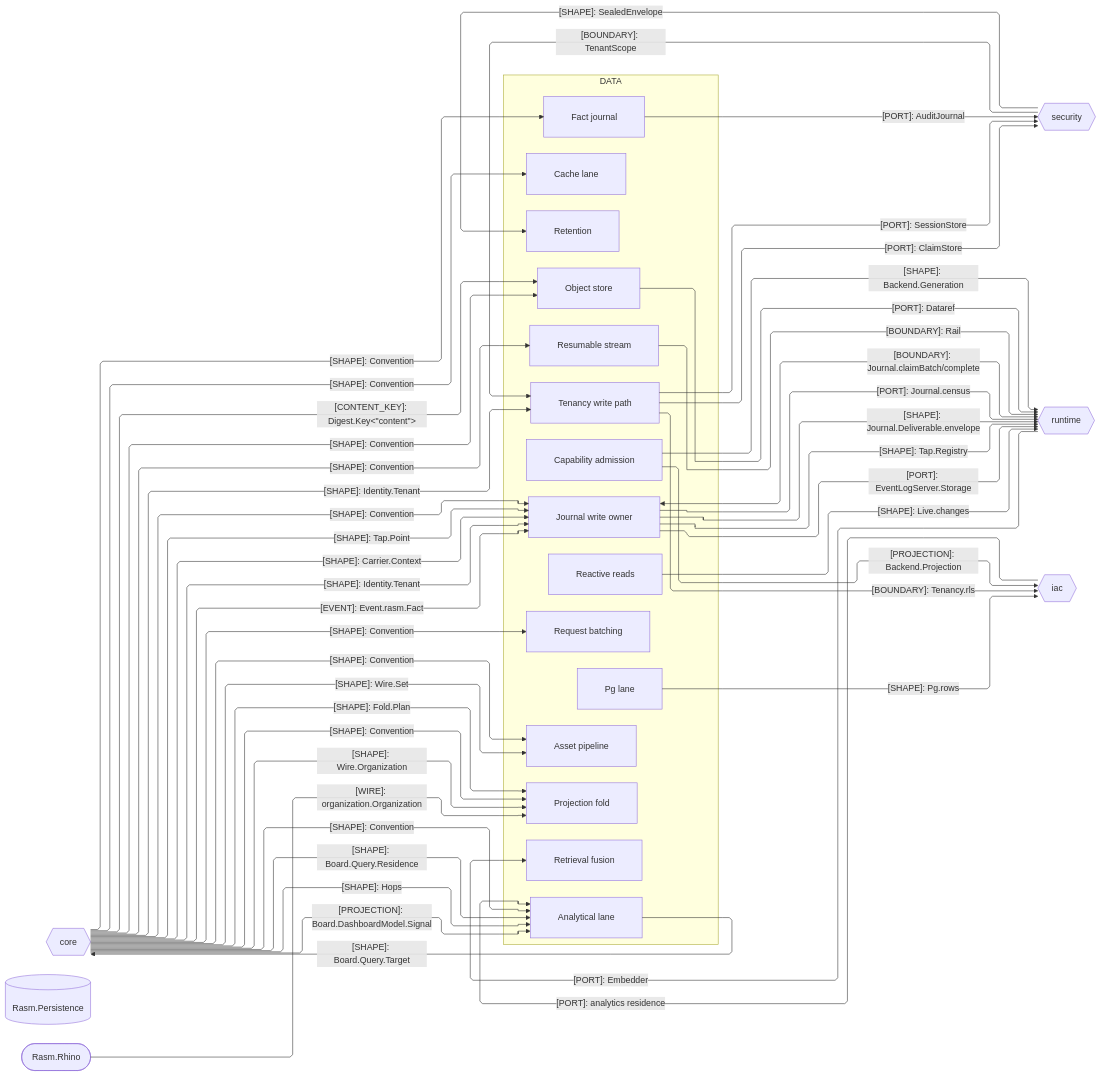
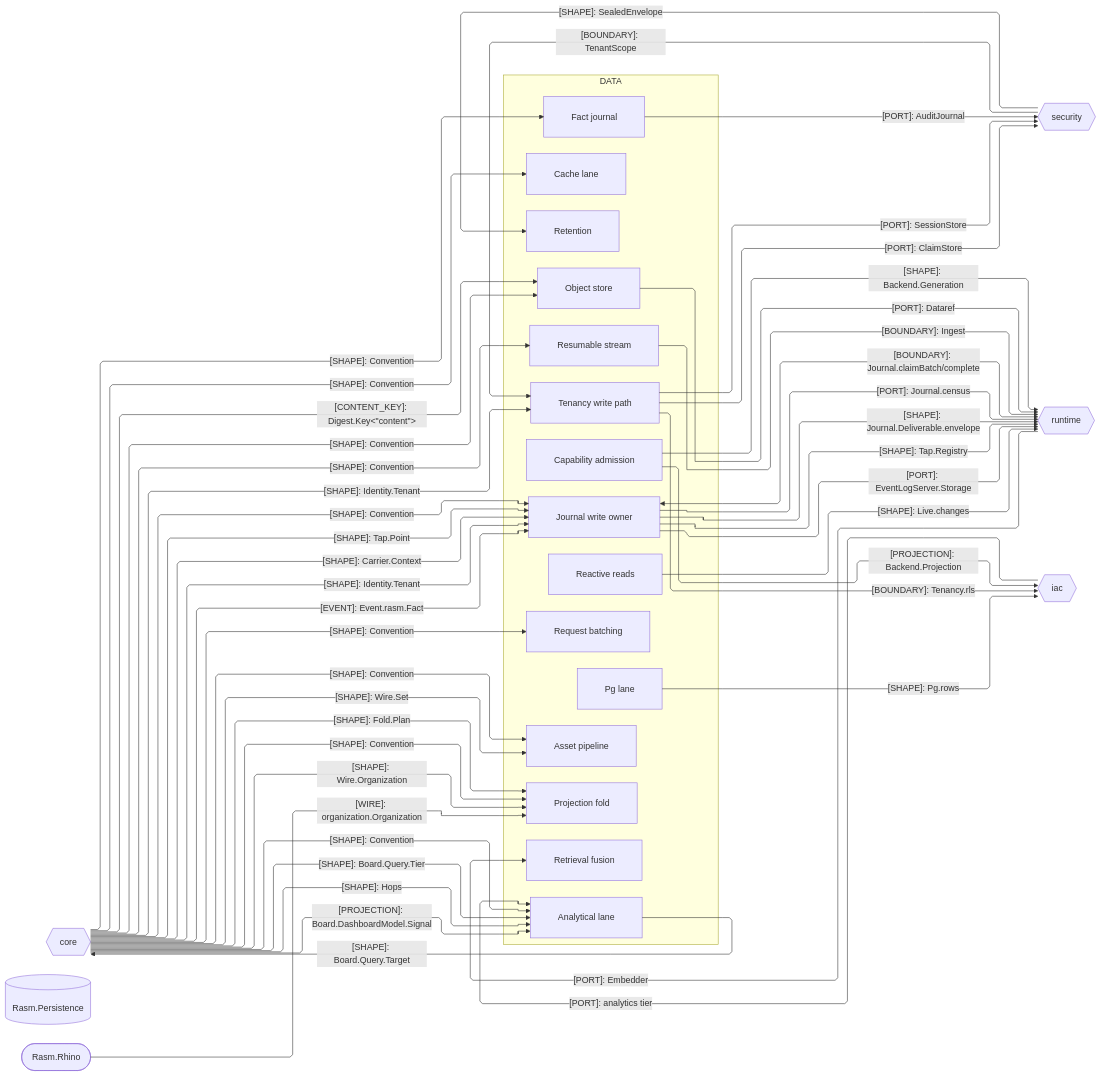
The second of 3 diagrams in libs/typescript/data/ARCHITECTURE.md (bsamiee/Rasm), drawn with Mermaid before and after one commit. The commit also changed other lines of this file and 1997 other files, not shown here.

First line of the commit message:
docs: rename rail to result and seam to boundary across the corpus

````diff
--- a/libs/typescript/data/ARCHITECTURE.md
+++ b/libs/typescript/data/ARCHITECTURE.md
@@ -109,77 +109,77 @@
 ```mermaid
 ---
 config:
   layout: elk
   flowchart:
     curve: linear
     padding: 25
 ---
 flowchart LR
-    accTitle: Data package seam registry
+    accTitle: Data package boundary registry
     accDescr: Data exchanges custody, tenancy, hook, backend, and Board.Query contracts with branch peers and Rasm.Persistence, and folds the organization wire Rasm.Rhino produces.
     subgraph data[DATA]
         Fold[Projection fold]
         Store[Object store]
         Tenant[Tenancy write path]
         Retain[Retention]
         Append[Journal write owner]
         Live[Reactive reads]
         Stream[Resumable stream]
         Search[Retrieval fusion]
         Postgres[Pg lane]
         Capability[Capability admission]
         Fact[Fact journal]
         Batch[Request batching]
         Cache[Cache lane]
         Olap[Analytical lane]
         Asset[Asset pipeline]
     end
     Core{{core}}
     Security{{security}}
     Runtime{{runtime}}
     Iac{{iac}}
     Persistence[(Rasm.Persistence)]
     Rhino([Rasm.Rhino])
     Core e1@-->|"[SHAPE]: Fold.Plan"| Fold
     Core e2@-->|"[CONTENT_KEY]: Digest.Key&lt;&quot;content&quot;&gt;"| Store
     Core e3@-->|"[SHAPE]: Identity.Tenant"| Tenant
     Tenant e4@-->|"[PORT]: SessionStore"| Security
     Security e5@-->|"[BOUNDARY]: TenantScope"| Tenant
     Security e6@-->|"[SHAPE]: SealedEnvelope"| Retain
     Append e7@<-->|"[BOUNDARY]: Journal.claimBatch/complete"| Runtime
     Live e8@-->|"[SHAPE]: Live.changes"| Runtime
-    Stream e9@-->|"[BOUNDARY]: Rail"| Runtime
+    Stream e9@-->|"[BOUNDARY]: Ingest"| Runtime
     Runtime e10@-->|"[PORT]: Embedder"| Search
     Postgres e11@-->|"[SHAPE]: Pg.rows"| Iac
     Tenant e12@-->|"[BOUNDARY]: Tenancy.rls"| Iac
     Core e13@-->|"[SHAPE]: Convention"| Append
     Core e14@-->|"[SHAPE]: Convention"| Fold
     Append e15@-->|"[PORT]: Journal.census"| Runtime
     Tenant e16@-->|"[PORT]: ClaimStore"| Security
     Core e17@-->|"[SHAPE]: Convention"| Fact
     Core e18@-->|"[SHAPE]: Convention"| Batch
     Core e19@-->|"[SHAPE]: Convention"| Store
     Core e20@-->|"[SHAPE]: Convention"| Stream
     Core e21@-->|"[SHAPE]: Convention"| Cache
     Core e22@-->|"[SHAPE]: Convention"| Olap
     Append e23@-->|"[SHAPE]: Journal.Deliverable.envelope"| Runtime
     Core e24@-->|"[SHAPE]: Tap.Point"| Append
     Append e25@-->|"[SHAPE]: Tap.Registry"| Runtime
     Capability e26@-->|"[PROJECTION]: Backend.Projection"| Iac
     Capability e27@-->|"[SHAPE]: Backend.Generation"| Runtime
     Fact e29@-->|"[PORT]: AuditJournal"| Security
-    Core e30@-->|"[SHAPE]: Board.Query.Residence"| Olap
+    Core e30@-->|"[SHAPE]: Board.Query.Tier"| Olap
     Core e31@-->|"[SHAPE]: Hops"| Olap
     Olap e32@-->|"[SHAPE]: Board.Query.Target"| Core
     Core e33@-->|"[PROJECTION]: Board.DashboardModel.Signal"| Olap
-    Iac e34@-->|"[PORT]: analytics residence"| Olap
+    Iac e34@-->|"[PORT]: analytics tier"| Olap
     Core e35@-->|"[SHAPE]: Convention"| Asset
     Core e36@-->|"[SHAPE]: Wire.Set"| Asset
     Core e37@-->|"[SHAPE]: Wire.Organization"| Fold
     Core e38@-->|"[SHAPE]: Carrier.Context"| Append
     Core e39@-->|"[SHAPE]: Identity.Tenant"| Append
     Core e40@-->|"[EVENT]: Event.rasm.Fact"| Append
     Append e41@-->|"[PORT]: EventLogServer.Storage"| Runtime
     Store e42@-->|"[PORT]: Dataref"| Runtime
     Rhino e43@-->|"[WIRE]: organization.Organization"| Fold
 ```
````
